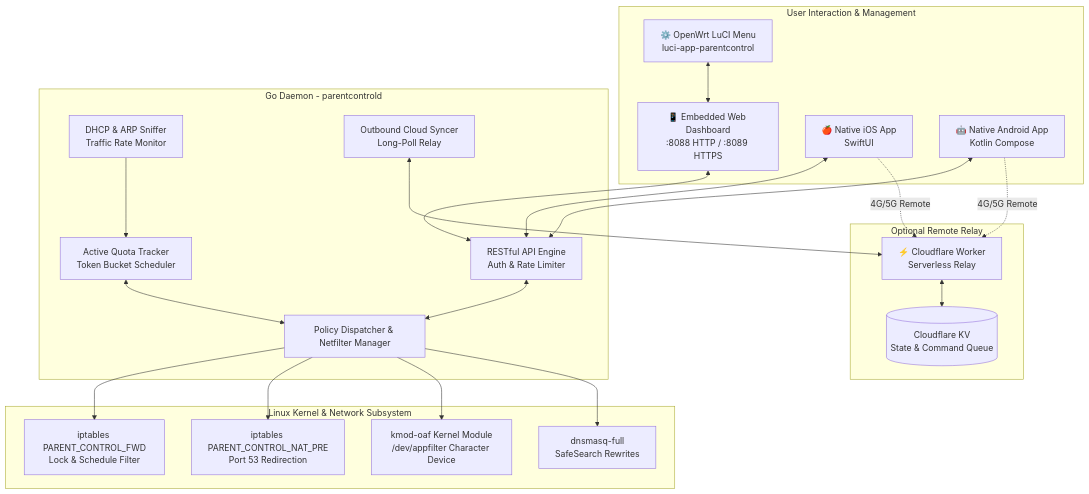
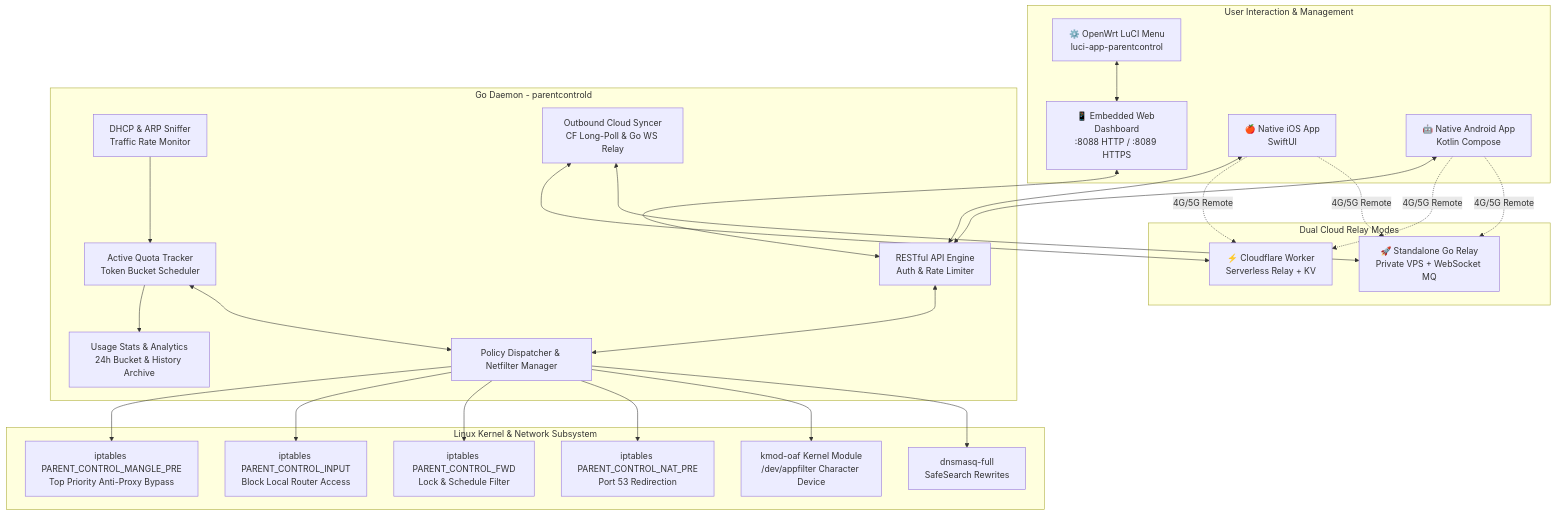
Before and after one commit to hamstudio/openwrt-parent-control: the diagram in README.md, drawn with Mermaid. The commit also changed other lines of this file and 22 other files, not shown here.

````diff
--- a/README.md
+++ b/README.md
@@ -76,47 +77,55 @@
 ```mermaid
 flowchart TB
     subgraph Clients [User Interaction & Management]
         WebUI[📱 Embedded Web Dashboard<br/>:8088 HTTP / :8089 HTTPS]
         iOSApp[🍎 Native iOS App<br/>SwiftUI]
         AndroidApp[🤖 Native Android App<br/>Kotlin Compose]
         LuCI[⚙️ OpenWrt LuCI Menu<br/>luci-app-parentcontrol]
     end
 
     subgraph CoreDaemon [Go Daemon - parentcontrold]
         APIEngine[RESTful API Engine<br/>Auth & Rate Limiter]
         DeviceMonitor[DHCP & ARP Sniffer<br/>Traffic Rate Monitor]
         QuotaEngine[Active Quota Tracker<br/>Token Bucket Scheduler]
+        StatsTracker[Usage Stats & Analytics<br/>24h Bucket & History Archive]
         PolicyDispatcher[Policy Dispatcher & Netfilter Manager]
-        CloudSyncer[Outbound Cloud Syncer<br/>Long-Poll Relay]
+        CloudSyncer[Outbound Cloud Syncer<br/>CF Long-Poll & Go WS Relay]
     end
 
     subgraph KernelAndOS [Linux Kernel & Network Subsystem]
+        NetfilterMangle[iptables PARENT_CONTROL_MANGLE_PRE<br/>Top Priority Anti-Proxy Bypass]
+        NetfilterInput[iptables PARENT_CONTROL_INPUT<br/>Block Local Router Access]
         NetfilterFWD[iptables PARENT_CONTROL_FWD<br/>Lock & Schedule Filter]
         NetfilterNAT[iptables PARENT_CONTROL_NAT_PRE<br/>Port 53 Redirection]
         DPIEngine[kmod-oaf Kernel Module<br/>/dev/appfilter Character Device]
         DNSResolver[dnsmasq-full<br/>SafeSearch Rewrites]
     end
 
-    subgraph CloudLayer [Optional Remote Relay]
-        CFWorker[⚡ Cloudflare Worker<br/>Serverless Relay]
-        CFKV[(Cloudflare KV<br/>State & Command Queue)]
+    subgraph CloudLayer [Dual Cloud Relay Modes]
+        CFWorker[⚡ Cloudflare Worker<br/>Serverless Relay + KV]
+        GoRelay[🚀 Standalone Go Relay<br/>Private VPS + WebSocket MQ]
     end
 
     WebUI <--> APIEngine
     iOSApp <--> APIEngine
     AndroidApp <--> APIEngine
     LuCI <--> WebUI
 
     APIEngine <--> PolicyDispatcher
     DeviceMonitor --> QuotaEngine
+    QuotaEngine --> StatsTracker
     QuotaEngine <--> PolicyDispatcher
+    PolicyDispatcher --> NetfilterMangle
+    PolicyDispatcher --> NetfilterInput
     PolicyDispatcher --> NetfilterFWD
     PolicyDispatcher --> NetfilterNAT
     PolicyDispatcher --> DPIEngine
     PolicyDispatcher --> DNSResolver
 
     CloudSyncer <--> CFWorker
-    CFWorker <--> CFKV
+    CloudSyncer <--> GoRelay
     iOSApp -. 4G/5G Remote .-> CFWorker
+    iOSApp -. 4G/5G Remote .-> GoRelay
     AndroidApp -. 4G/5G Remote .-> CFWorker
+    AndroidApp -. 4G/5G Remote .-> GoRelay
 ```
````
